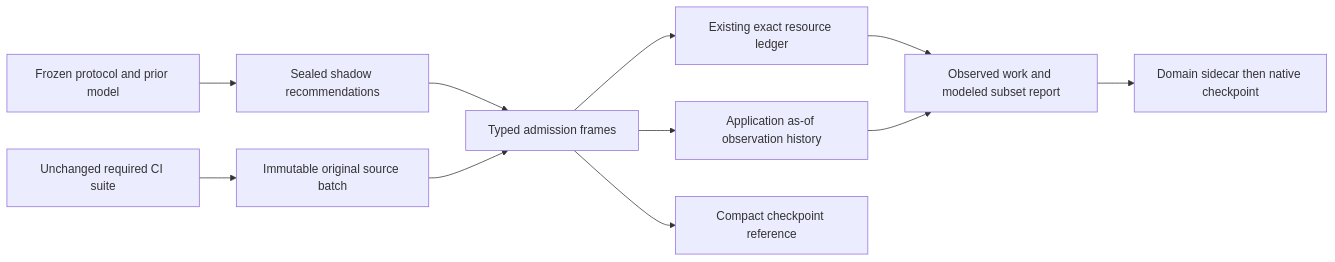
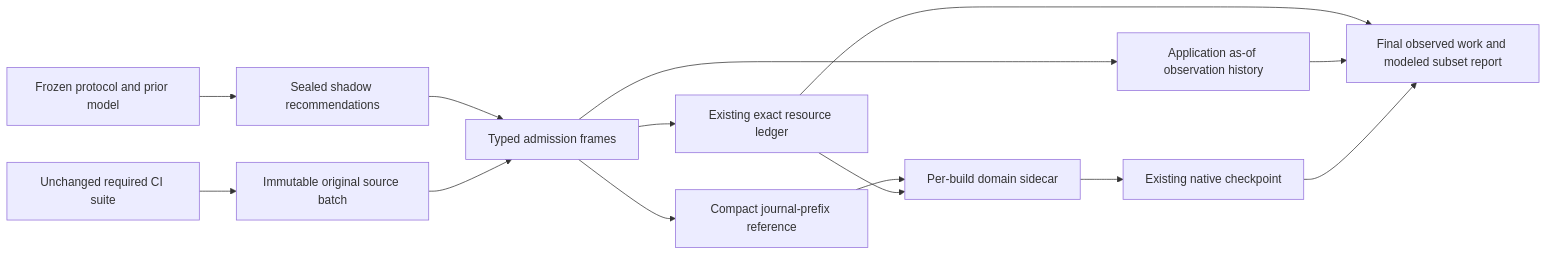
The diagram in docs/prospective-shadow.md (jacksonpradolima/coleman4hcs), drawn with Mermaid before and after one commit. The commit also changed other lines of this file and 1 other file, not shown here.

Commit message:
docs: clarify native shadow artifact publication order

````diff
--- a/docs/prospective-shadow.md
+++ b/docs/prospective-shadow.md
@@ -250,13 +250,16 @@
 ```mermaid
 flowchart LR
     F[Frozen protocol and prior model] --> D[Sealed shadow recommendations]
     CI[Unchanged required CI suite] --> S[Immutable original source batch]
     D --> J[Typed admission frames]
     S --> J
     J --> L[Existing exact resource ledger]
     J --> O[Application as-of observation history]
-    J --> C[Compact checkpoint reference]
-    L --> R[Observed work and modeled subset report]
+    J --> C[Compact journal-prefix reference]
+    C --> N[Per-build domain sidecar]
+    L --> N
+    N --> K[Existing native checkpoint]
+    L --> R[Final observed work and modeled subset report]
     O --> R
-    R --> N[Domain sidecar then native checkpoint]
+    K --> R
 ```
````
